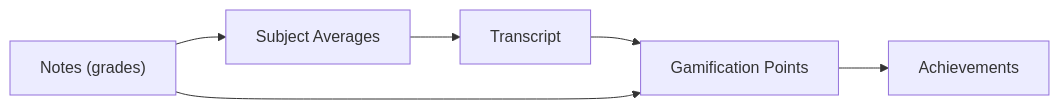
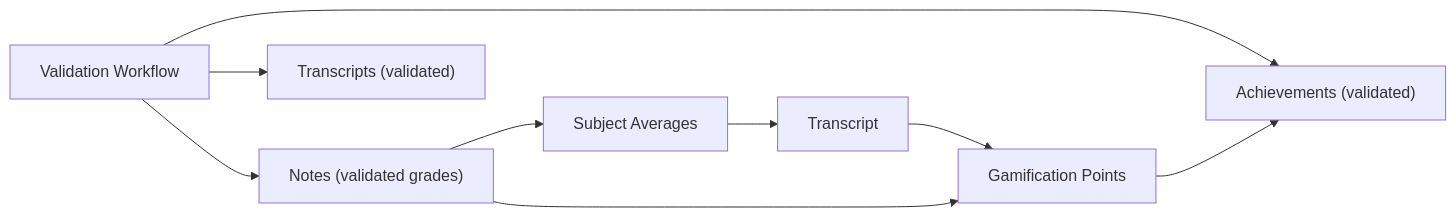
One commit to franckylab/eLISAschool changed the sixth of 7 diagrams in .qoder/repowiki/en/content/Backend API Documentation/Grading System API.md. Above: the diagram before and after it, drawn with Mermaid. The commit also changed other lines of this file and 358 other files, not shown here.

First line of the commit message:
feat(validation): intégrer le système de workflow de validation

````diff
--- a/.qoder/repowiki/en/content/Backend API Documentation/Grading System API.md
+++ b/.qoder/repowiki/en/content/Backend API Documentation/Grading System API.md
@@ -333,8 +390,11 @@
 ```mermaid
 graph LR
-Notes["Notes (grades)"] --> Averages["Subject Averages"]
+ValidationWorkflow["Validation Workflow"] --> Notes["Notes (validated grades)"]
+ValidationWorkflow --> Transcripts["Transcripts (validated)"]
+ValidationWorkflow --> Achievements["Achievements (validated)"]
+Notes --> Averages["Subject Averages"]
 Averages --> Transcript["Transcript"]
 Transcript --> Points["Gamification Points"]
 Notes --> Points
-Points --> Achievements["Achievements"]
+Points --> Achievements
 ```
````
